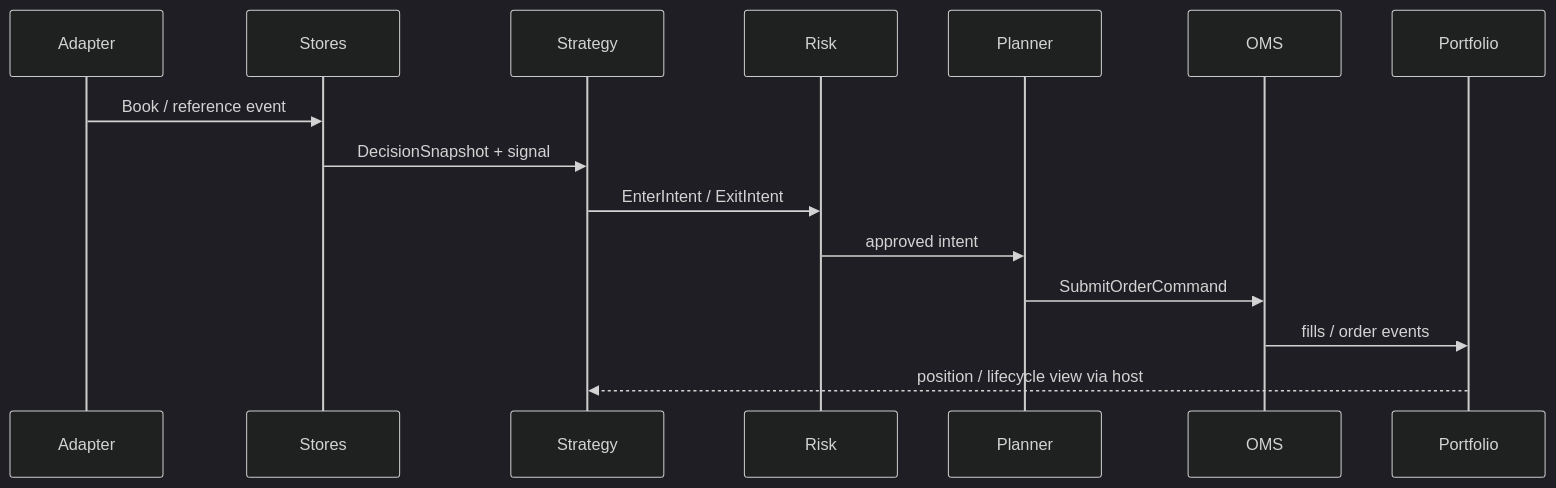
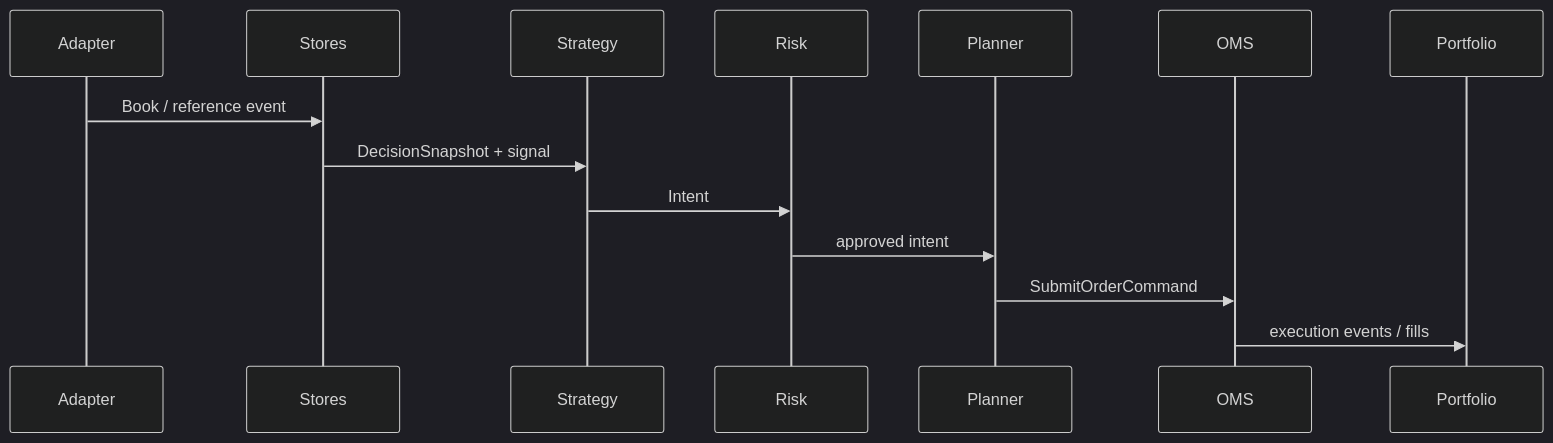
One commit to eliesgherbi/Tyrex_PM changed the second of 2 diagrams in Docs/latest/concepts/architecture.md. Above: the diagram before and after it, drawn with Mermaid (dark theme). The commit also changed other lines of this file and 19 other files, not shown here.

````diff
--- a/Docs/latest/concepts/architecture.md
+++ b/Docs/latest/concepts/architecture.md
@@ -92,17 +70,16 @@
 ```mermaid
 sequenceDiagram
   participant Ad as Adapter
   participant St as Stores
   participant Stgy as Strategy
   participant Risk as Risk
   participant Plan as Planner
   participant OMS as OMS
   participant Port as Portfolio
   Ad->>St: Book / reference event
   St->>Stgy: DecisionSnapshot + signal
-  Stgy->>Risk: EnterIntent / ExitIntent
+  Stgy->>Risk: Intent
   Risk->>Plan: approved intent
   Plan->>OMS: SubmitOrderCommand
-  OMS->>Port: fills / order events
-  Port-->>Stgy: position / lifecycle view via host
+  OMS->>Port: execution events / fills
 ```
````
